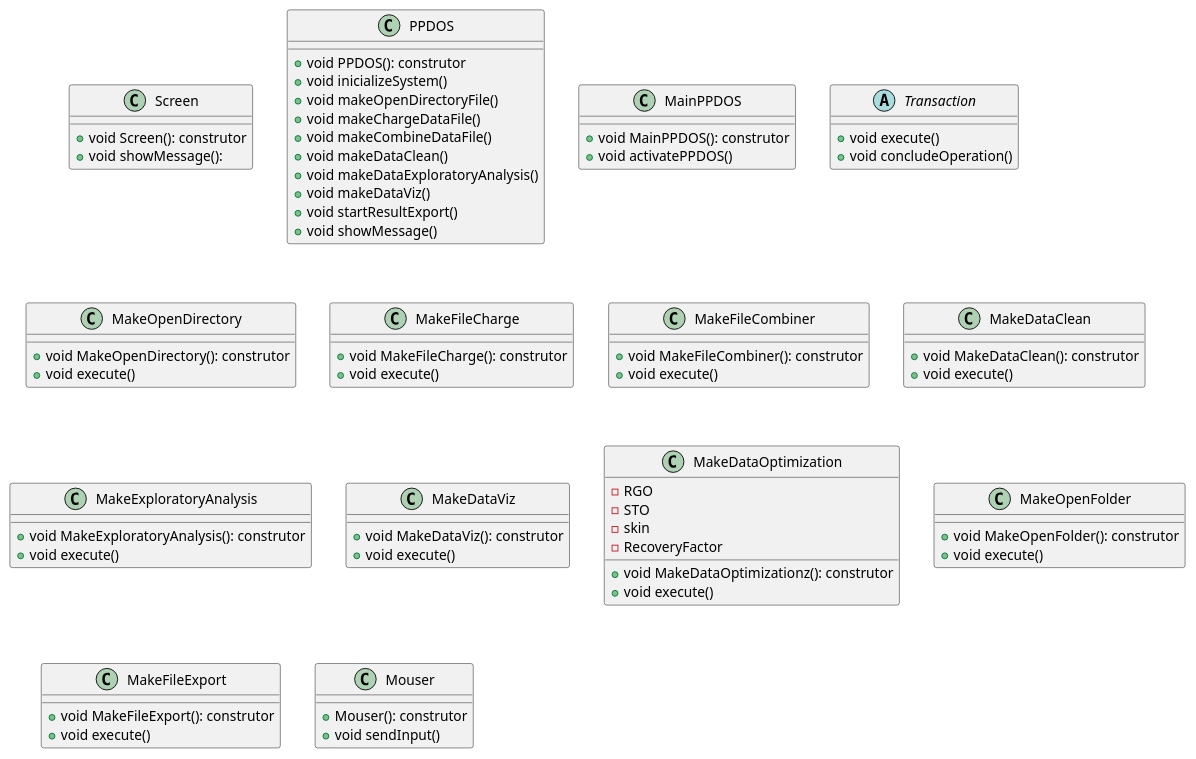
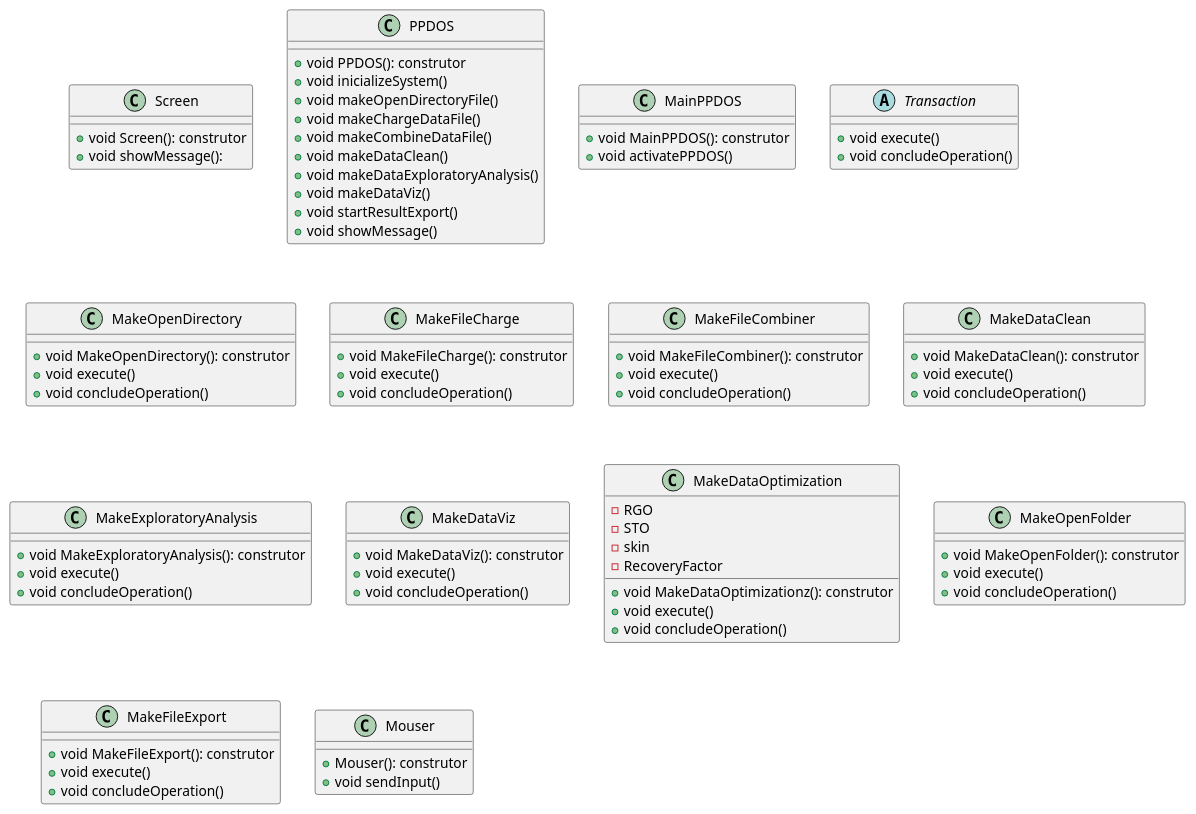
The diagram in ClassDiagrams.plantuml (MarcioFreitasUFSC21/OptimizationPetroleumProductionSystem), drawn with PlantUML before and after one commit. The commit also changed 2 other files, not shown here.

Commit message:
the Main Sequence Diagram has concluded!

```diff
--- a/ClassDiagrams.plantuml
+++ b/ClassDiagrams.plantuml
@@ -1,83 +1,92 @@
 @startuml
 class Screen{
 +void Screen(): construtor
 +void showMessage():
 }
 class PPDOS{
     +void PPDOS(): construtor
     +void inicializeSystem()
     +void makeOpenDirectoryFile()
     +void makeChargeDataFile()
     +void makeCombineDataFile()
     +void makeDataClean()
     +void makeDataExploratoryAnalysis()
     +void makeDataViz()
     +void startResultExport()   
     +void showMessage()
 }
 class MainPPDOS{
     +void MainPPDOS(): construtor
     +void activatePPDOS()    
 }
 abstract class Transaction{
     +void execute()
     +void concludeOperation()
 }
 class MakeOpenDirectory{
     +void MakeOpenDirectory(): construtor
     +void execute()
+    +void concludeOperation()
    
 }
 class MakeFileCharge{
     +void MakeFileCharge(): construtor
     +void execute()
+    +void concludeOperation()
     
 }
 class MakeFileCombiner{
     +void MakeFileCombiner(): construtor
     +void execute()
+    +void concludeOperation()
  
 }
 
 class MakeDataClean{
     +void MakeDataClean(): construtor
     +void execute()
+    +void concludeOperation()
    
 }
 
 class MakeExploratoryAnalysis{
     +void MakeExploratoryAnalysis(): construtor
     +void execute()
+    +void concludeOperation()
    
 }
 class MakeDataViz{
     +void MakeDataViz(): construtor
     +void execute()
+    +void concludeOperation()
     
 }
 class MakeDataOptimization{
     -RGO
     -STO
     -skin
     -RecoveryFactor
     +void MakeDataOptimizationz(): construtor
     +void execute()
+    +void concludeOperation()
    
 }
 
 class MakeOpenFolder{
     +void MakeOpenFolder(): construtor
     +void execute()
+    +void concludeOperation()
     
 }
 class MakeFileExport{
     +void MakeFileExport(): construtor
     +void execute()
+    +void concludeOperation()
   
 }
 
 class Mouser{
     +Mouser(): construtor
     +void sendInput()
 }
 @enduml
```
